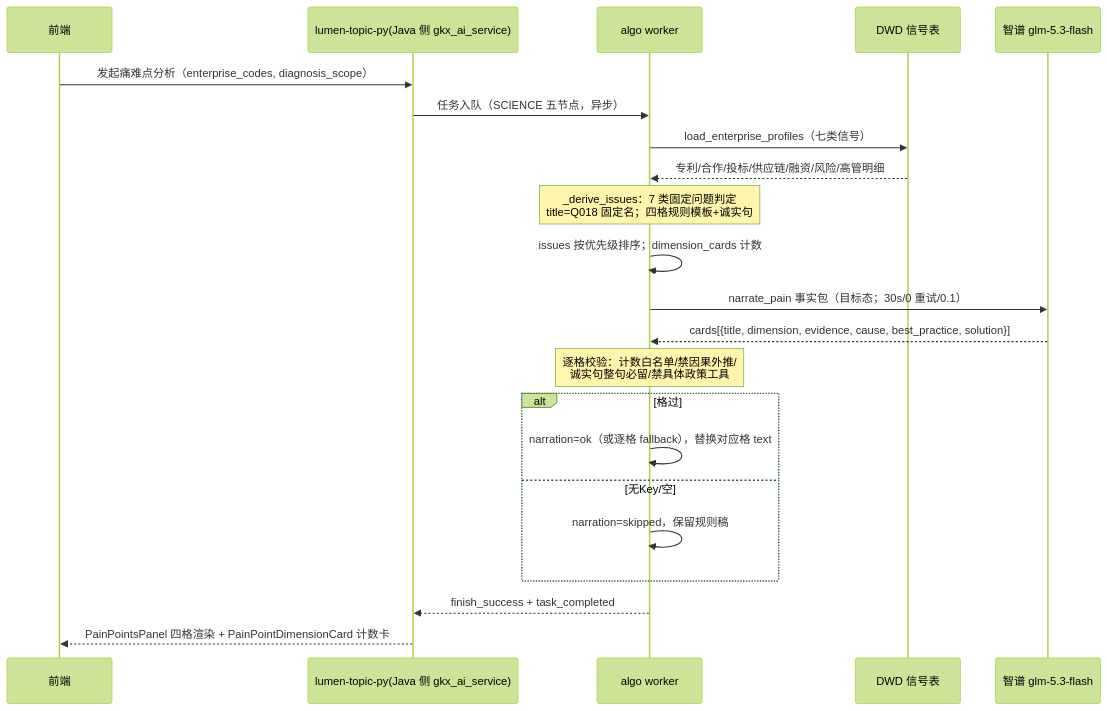
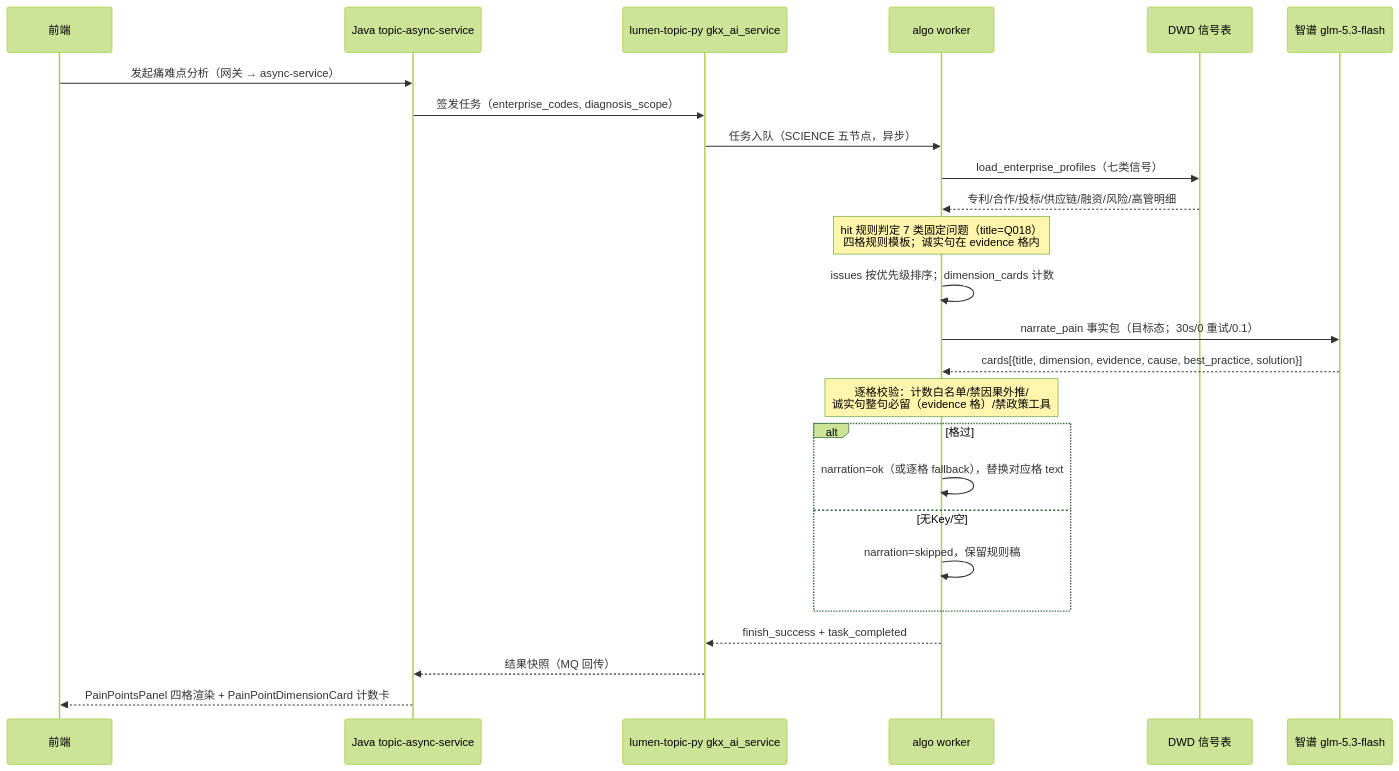
One commit to Marisolebxf/- changed the second of 2 diagrams in agent-delivery/agent-handoffs/产品整体定义/科技专题服务系统-完整详细设计/05.3.5-企业发展痛难点分析.md. Above: the diagram before and after it, drawn with Mermaid (forest theme). The commit also changed other lines of this file and 1 other file, not shown here.

Commit message:
[agent:architect-agent] 05.3.5 v1.1 审查勘误（3C+5I）：七类表按实码重写/产品合同目录/报告接线态/诚实句限 evidence 格/实现单挂钩既有 registry 单

````diff
--- a/agent-delivery/agent-handoffs/产品整体定义/科技专题服务系统-完整详细设计/05.3.5-企业发展痛难点分析.md
+++ b/agent-delivery/agent-handoffs/产品整体定义/科技专题服务系统-完整详细设计/05.3.5-企业发展痛难点分析.md
@@ -41,25 +42,28 @@
 ```mermaid
 sequenceDiagram
   participant FE as 前端
-  participant Java as lumen-topic-py(Java 侧 gkx_ai_service)
+  participant JA as Java topic-async-service
+  participant PY as lumen-topic-py gkx_ai_service
   participant W as algo worker
   participant DWD as DWD 信号表
   participant LLM as 智谱 glm-5.3-flash
 
-  FE->>Java: 发起痛难点分析（enterprise_codes, diagnosis_scope）
-  Java->>W: 任务入队（SCIENCE 五节点，异步）
+  FE->>JA: 发起痛难点分析（网关 → async-service）
+  JA->>PY: 签发任务（enterprise_codes, diagnosis_scope）
+  PY->>W: 任务入队（SCIENCE 五节点，异步）
   W->>DWD: load_enterprise_profiles（七类信号）
   DWD-->>W: 专利/合作/投标/供应链/融资/风险/高管明细
-  Note over W: _derive_issues：7 类固定问题判定<br/>title=Q018 固定名；四格规则模板+诚实句
+  Note over W: hit 规则判定 7 类固定问题（title=Q018）<br/>四格规则模板；诚实句在 evidence 格内
   W->>W: issues 按优先级排序；dimension_cards 计数
   W->>LLM: narrate_pain 事实包（目标态；30s/0 重试/0.1）
   LLM-->>W: cards[{title, dimension, evidence, cause, best_practice, solution}]
-  Note over W: 逐格校验：计数白名单/禁因果外推/<br/>诚实句整句必留/禁具体政策工具
+  Note over W: 逐格校验：计数白名单/禁因果外推/<br/>诚实句整句必留（evidence 格）/禁政策工具
   alt 格过
     W->>W: narration=ok（或逐格 fallback），替换对应格 text
   else 无Key/空
     W->>W: narration=skipped，保留规则稿
   end
-  W-->>Java: finish_success + task_completed
-  Java-->>FE: PainPointsPanel 四格渲染 + PainPointDimensionCard 计数卡
+  W-->>PY: finish_success + task_completed
+  PY-->>JA: 结果快照（MQ 回传）
+  JA-->>FE: PainPointsPanel 四格渲染 + PainPointDimensionCard 计数卡
 ```
````
